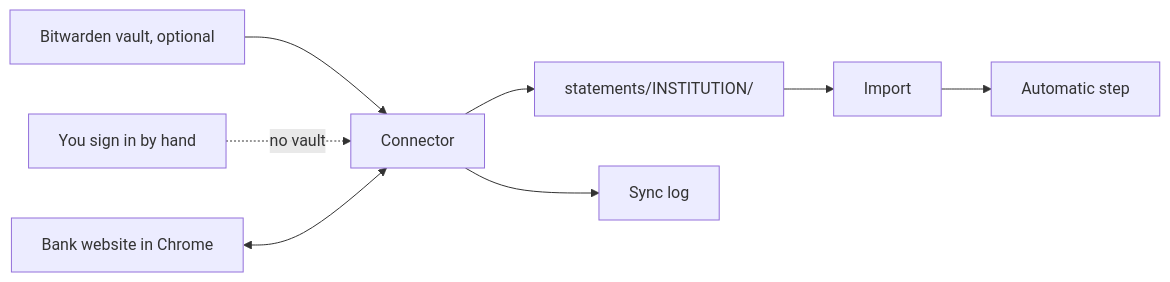
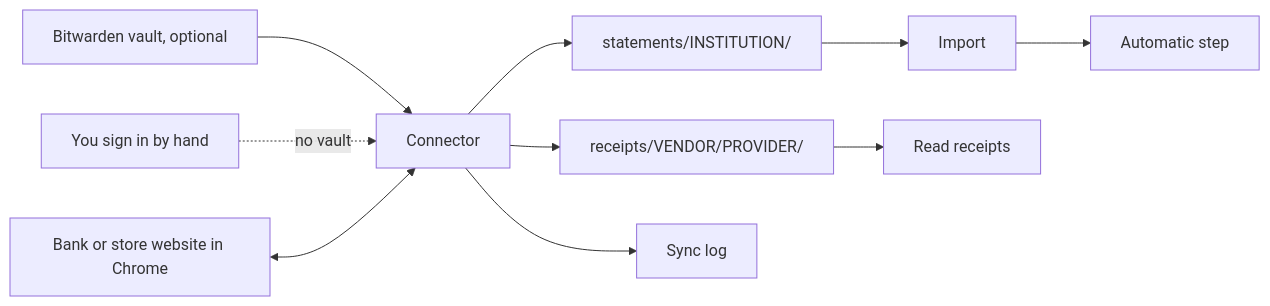
The first of 5 diagrams in docs/architecture/sync.md (spinningyoyo/omsync), drawn with Mermaid before and after one commit. The commit also changed other lines of this file and 78 other files, not shown here.

First line of the commit message:
refactor: share provider rules and sync, list receipt vendors, read Amazon only from synced orders

````diff
--- a/docs/architecture/sync.md
+++ b/docs/architecture/sync.md
@@ -10,10 +11,12 @@
 ```mermaid
 flowchart LR
     Vault[Bitwarden vault, optional] --> Connector
     You[You sign in by hand] -.->|no vault| Connector
-    Bank[Bank website in Chrome] <--> Connector
-    Connector --> Files["statements/INSTITUTION/"]
-    Files --> Import
+    Site[Bank or store website in Chrome] <--> Connector
+    Connector --> Statements["statements/INSTITUTION/"]
+    Connector --> Receipts["receipts/VENDOR/PROVIDER/"]
+    Statements --> Import
     Import --> Auto[Automatic step]
+    Receipts --> Read[Read receipts]
     Connector --> Log[Sync log]
 ```
````
